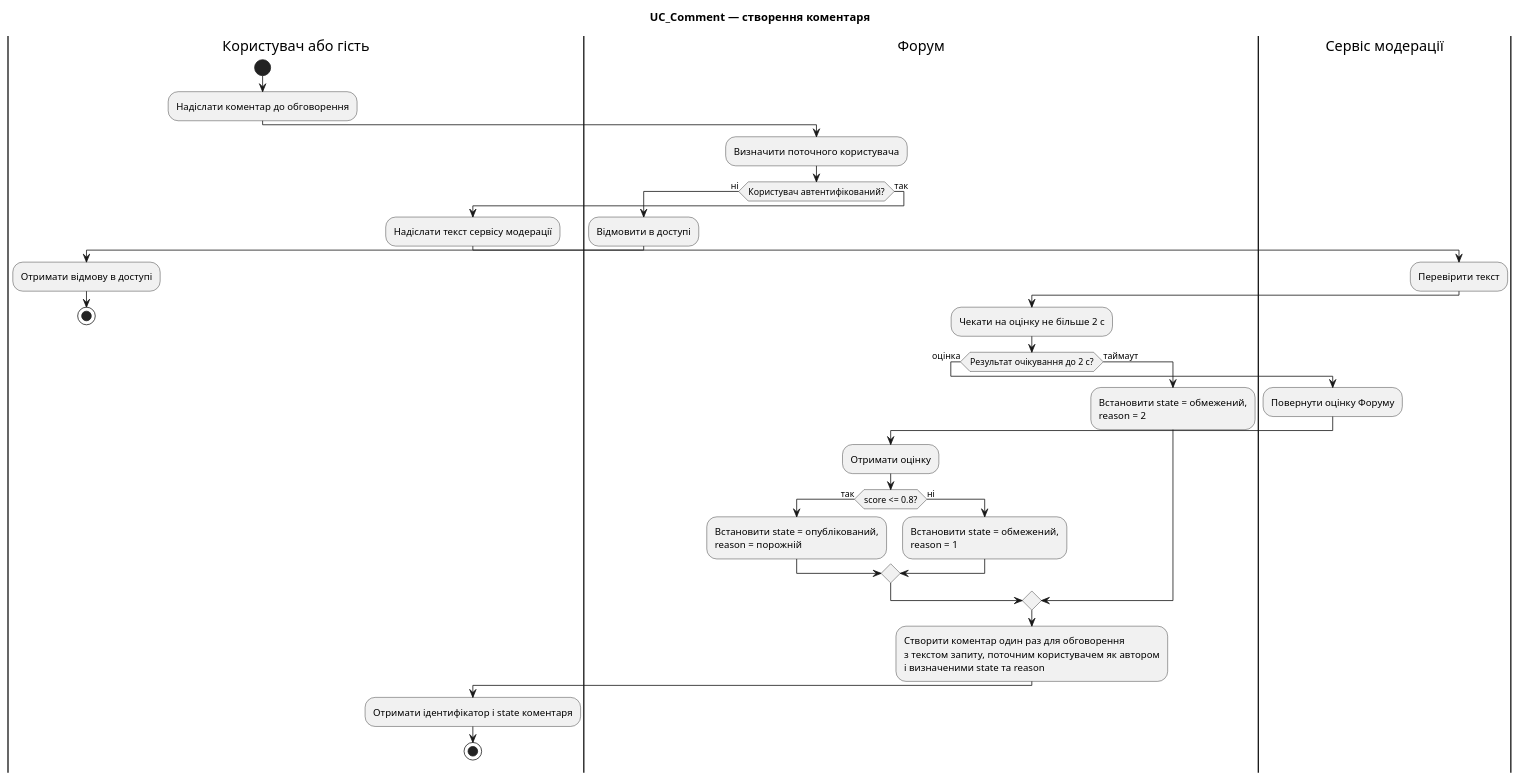
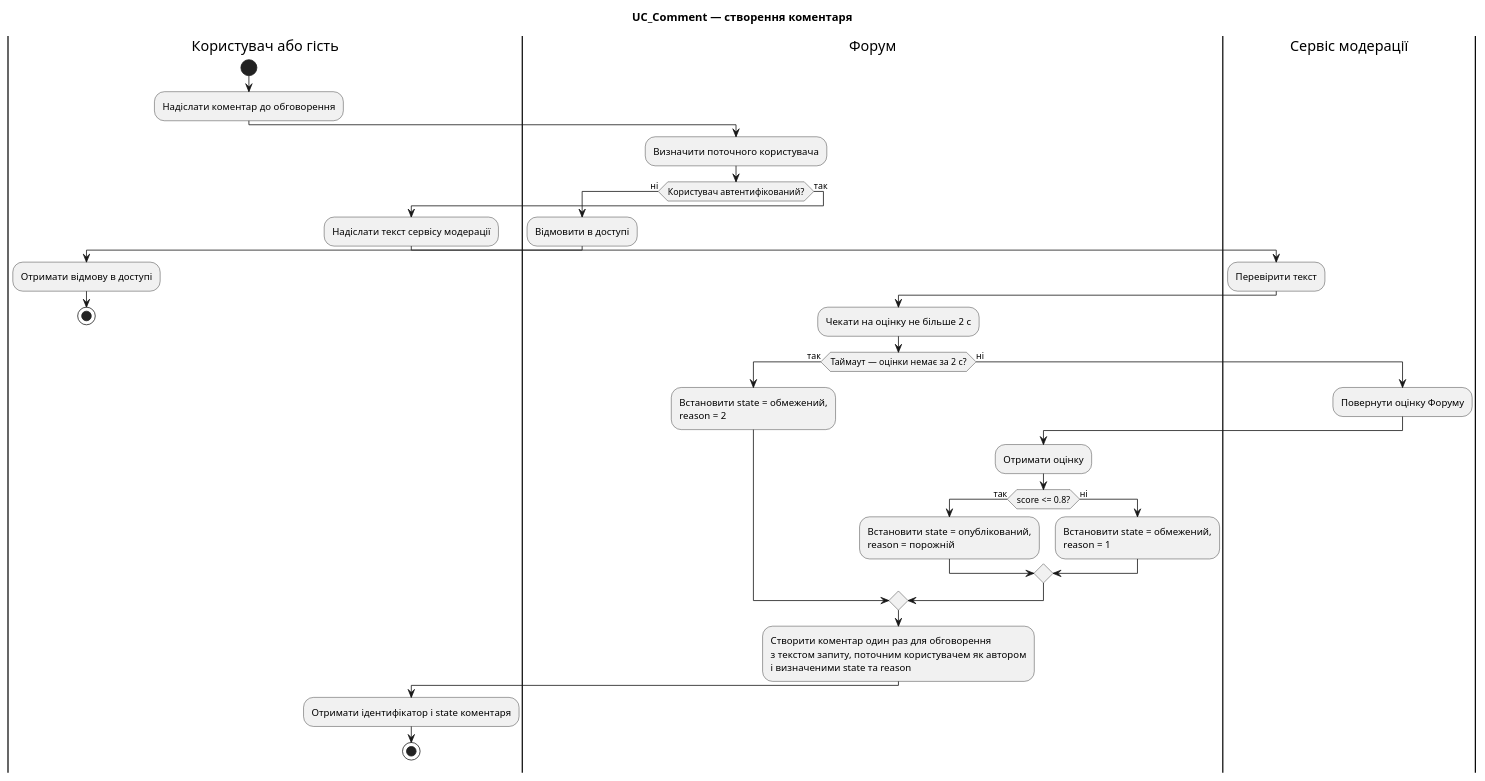
One commit to tevarindol/forum changed the diagram in lab4/activity.puml. Above: the diagram before and after it, drawn with PlantUML.

Commit message:
fix(lab4): handle moderation timeout before processing the score
Harness: OpenCode
Model: openai/gpt-6-luna

```diff
--- a/lab4/activity.puml
+++ b/lab4/activity.puml
@@ -1,45 +1,45 @@
 @startuml
 title UC_Comment — створення коментаря
 
 |Користувач або гість|
 start
 :Надіслати коментар до обговорення;
 
 |Форум|
 :Визначити поточного користувача;
 if (Користувач автентифікований?) then (ні)
   :Відмовити в доступі;
   |Користувач або гість|
   :Отримати відмову в доступі;
   stop
 else (так)
   :Надіслати текст сервісу модерації;
   |Сервіс модерації|
   :Перевірити текст;
   |Форум|
   :Чекати на оцінку не більше 2 с;
-  if (Результат очікування до 2 с?) then (оцінка)
+  if (Таймаут — оцінки немає за 2 с?) then (так)
+    :Встановити state = обмежений,
+reason = 2;
+  else (ні)
     |Сервіс модерації|
     :Повернути оцінку Форуму;
     |Форум|
     :Отримати оцінку;
     if (score <= 0.8?) then (так)
       :Встановити state = опублікований,
 reason = порожній;
     else (ні)
       :Встановити state = обмежений,
 reason = 1;
     endif
-  else (таймаут)
-    :Встановити state = обмежений,
-reason = 2;
   endif
 
   :Створити коментар один раз для обговорення
 з текстом запиту, поточним користувачем як автором
 і визначеними state та reason;
   |Користувач або гість|
   :Отримати ідентифікатор і state коментаря;
   stop
 endif
 @enduml
```
